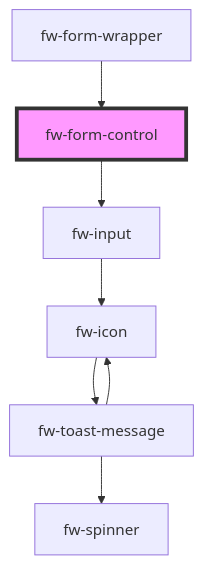
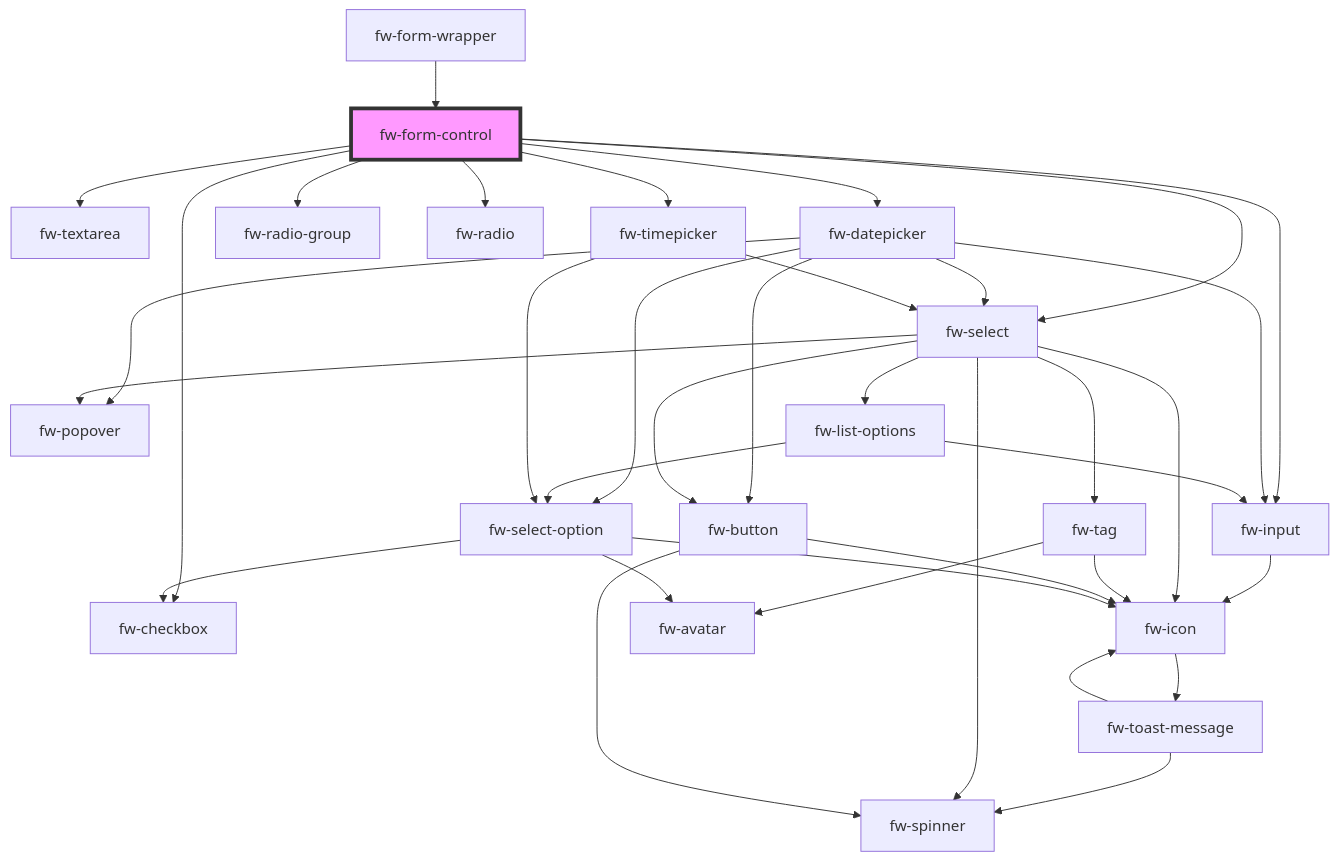
The diagram in packages/crayons-core/src/components/form-control/readme.md (freshworks/crayons), drawn with Mermaid before and after one commit. The commit also changed other lines of this file and 12 other files, not shown here.

Commit message:
feat(form-control): form-control with form handling via slots

````diff
--- a/packages/crayons-core/src/components/form-control/readme.md
+++ b/packages/crayons-core/src/components/form-control/readme.md
@@ -33,10 +41,39 @@
 ```mermaid
 graph TD;
   fw-form-control --> fw-input
+  fw-form-control --> fw-textarea
+  fw-form-control --> fw-datepicker
+  fw-form-control --> fw-checkbox
+  fw-form-control --> fw-radio-group
+  fw-form-control --> fw-radio
+  fw-form-control --> fw-select
+  fw-form-control --> fw-timepicker
   fw-input --> fw-icon
   fw-icon --> fw-toast-message
   fw-toast-message --> fw-spinner
   fw-toast-message --> fw-icon
+  fw-datepicker --> fw-popover
+  fw-datepicker --> fw-input
+  fw-datepicker --> fw-select
+  fw-datepicker --> fw-select-option
+  fw-datepicker --> fw-button
+  fw-select --> fw-tag
+  fw-select --> fw-popover
+  fw-select --> fw-button
+  fw-select --> fw-spinner
+  fw-select --> fw-icon
+  fw-select --> fw-list-options
+  fw-tag --> fw-avatar
+  fw-tag --> fw-icon
+  fw-button --> fw-spinner
+  fw-button --> fw-icon
+  fw-list-options --> fw-select-option
+  fw-list-options --> fw-input
+  fw-select-option --> fw-icon
+  fw-select-option --> fw-checkbox
+  fw-select-option --> fw-avatar
+  fw-timepicker --> fw-select
+  fw-timepicker --> fw-select-option
   fw-form-wrapper --> fw-form-control
   style fw-form-control fill:#f9f,stroke:#333,stroke-width:4px
 ```
````
